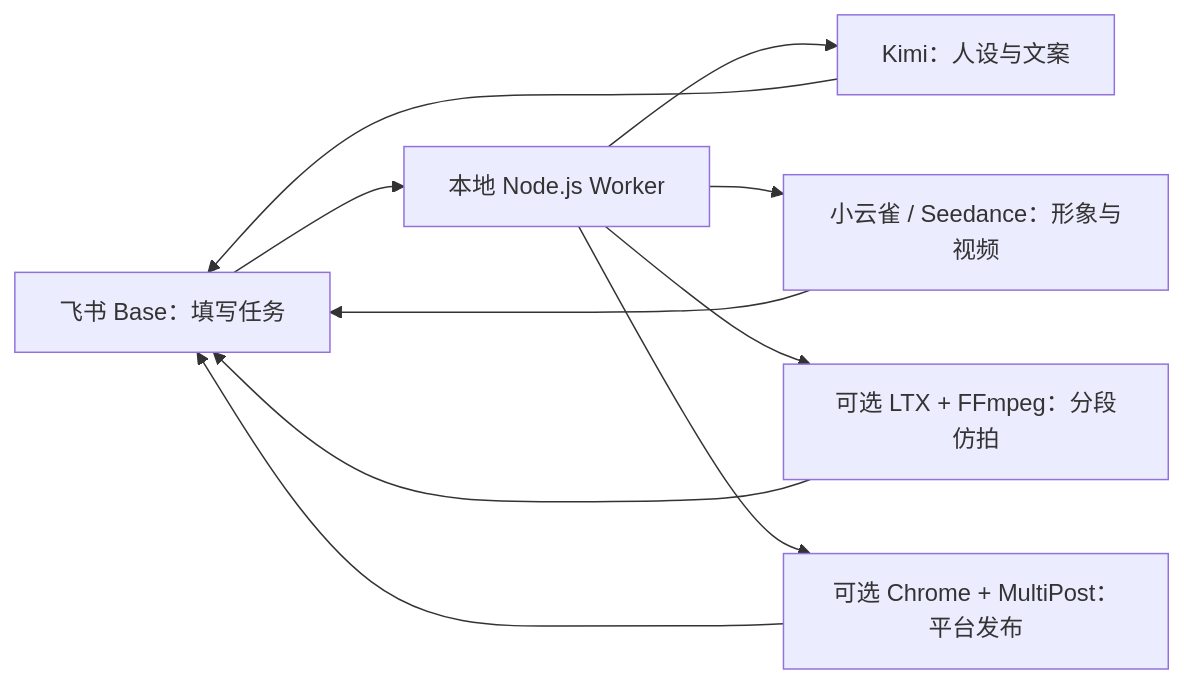
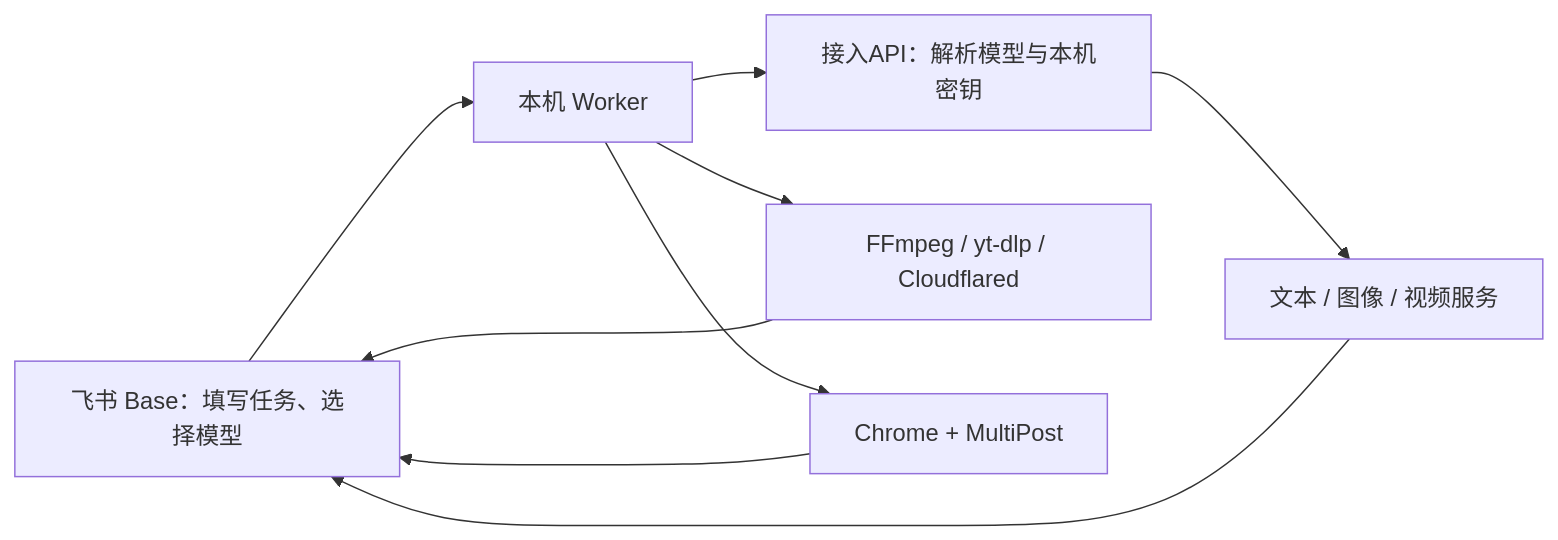
The diagram in README.md (3483500137/feishu-ecommerce-video-worker), drawn with Mermaid before and after one commit. The commit also changed other lines of this file and 48 other files, not shown here.

````diff
--- a/README.md
+++ b/README.md
@@ -16,12 +19,11 @@
 ```mermaid
 flowchart LR
-  A["飞书 Base：填写任务"] --> B["本地 Node.js Worker"]
-  B --> C["Kimi：人设与文案"]
-  B --> D["小云雀 / Seedance：形象与视频"]
-  B --> E["可选 LTX + FFmpeg：分段仿拍"]
-  B --> F["可选 Chrome + MultiPost：平台发布"]
-  C --> A
+  A["飞书 Base：填写任务、选择模型"] --> B["本机 Worker"]
+  B --> C["接入API：解析模型与本机密钥"]
+  C --> D["文本 / 图像 / 视频服务"]
+  B --> E["FFmpeg / yt-dlp / Cloudflared"]
+  B --> F["Chrome + MultiPost"]
   D --> A
   E --> A
   F --> A
 ```
````
